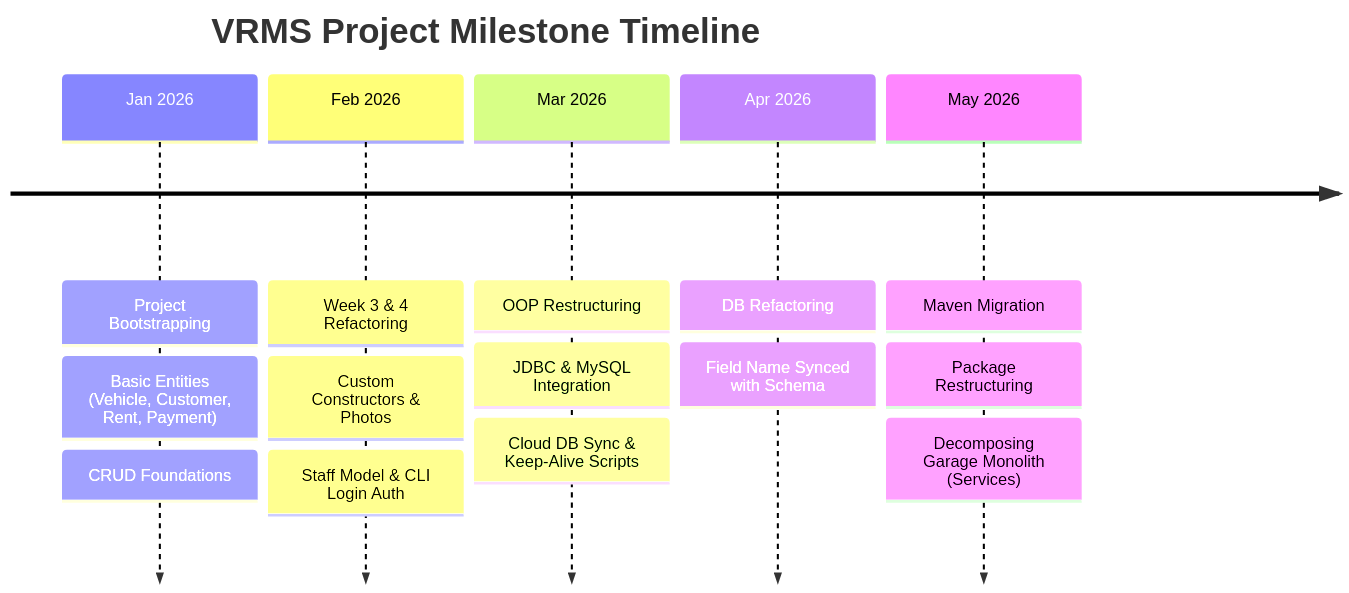
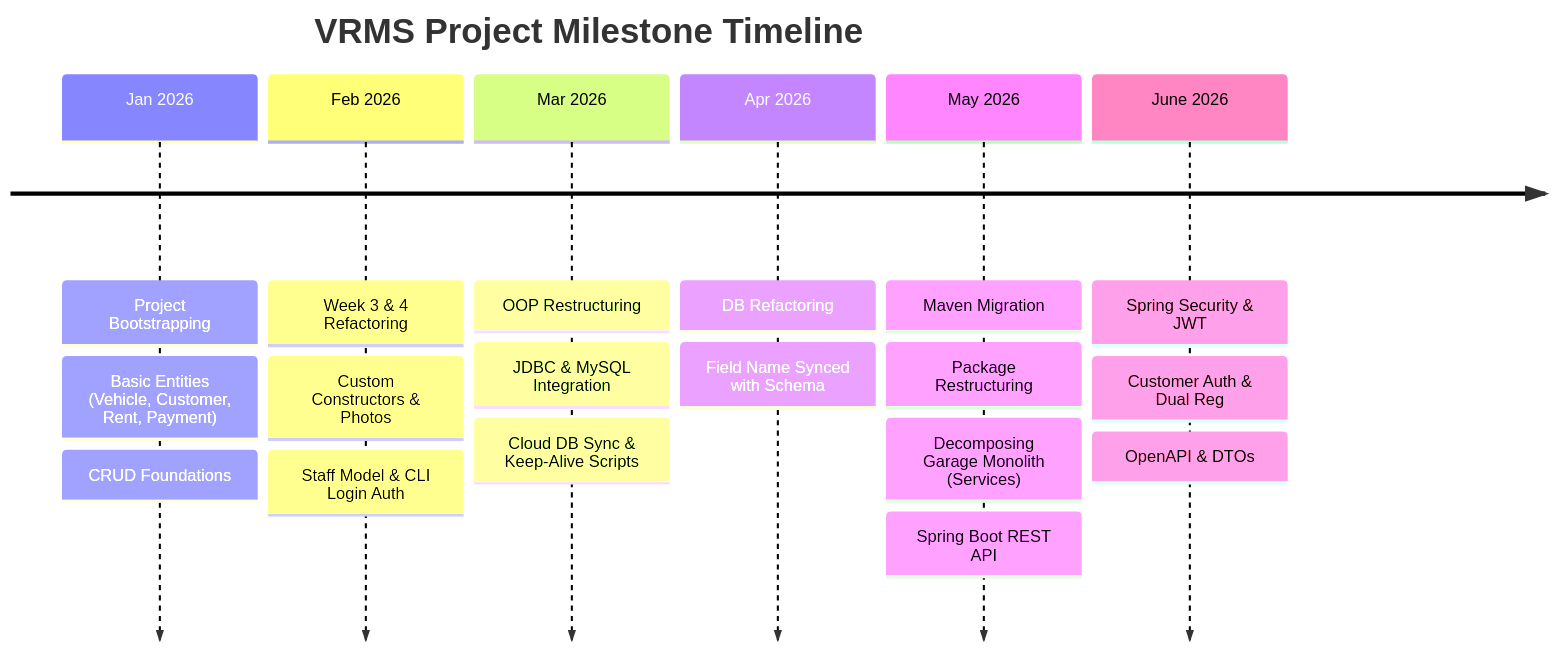
One commit to Ryuo-chhi/Vehicle-Rental-Management-System-Main- changed the diagram in docs/git_history_timeline.md. Above: the diagram before and after it, drawn with Mermaid. The commit also changed other lines of this file and 5 other files, not shown here.

````diff
--- a/docs/git_history_timeline.md
+++ b/docs/git_history_timeline.md
@@ -18,9 +18,10 @@
 ```mermaid
 timeline
     title VRMS Project Milestone Timeline
     Jan 2026 : Project Bootstrapping : Basic Entities (Vehicle, Customer, Rent, Payment) : CRUD Foundations
     Feb 2026 : Week 3 & 4 Refactoring : Custom Constructors & Photos : Staff Model & CLI Login Auth
     Mar 2026 : OOP Restructuring : JDBC & MySQL Integration : Cloud DB Sync & Keep-Alive Scripts
     Apr 2026 : DB Refactoring : Field Name Synced with Schema
-    May 2026 : Maven Migration : Package Restructuring : Decomposing Garage Monolith (Services)
+    May 2026 : Maven Migration : Package Restructuring : Decomposing Garage Monolith (Services) : Spring Boot REST API
+    June 2026 : Spring Security & JWT : Customer Auth & Dual Reg : OpenAPI & DTOs
 ```
````
